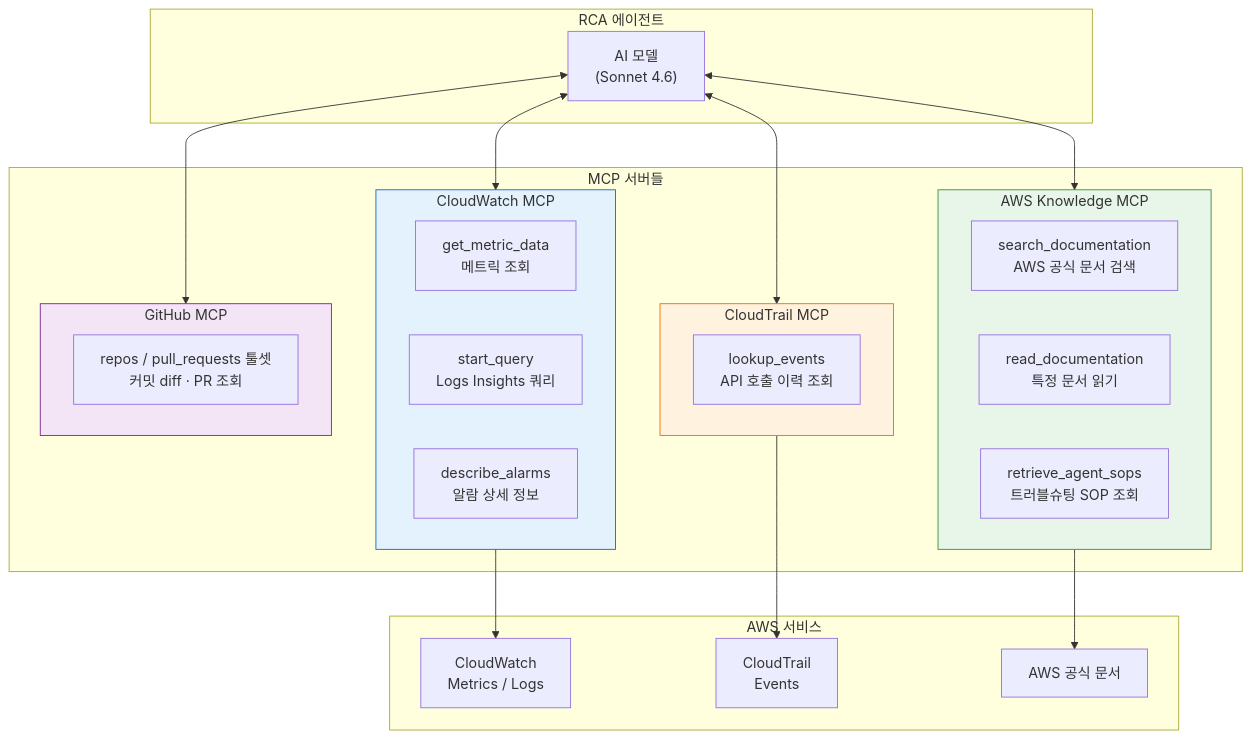
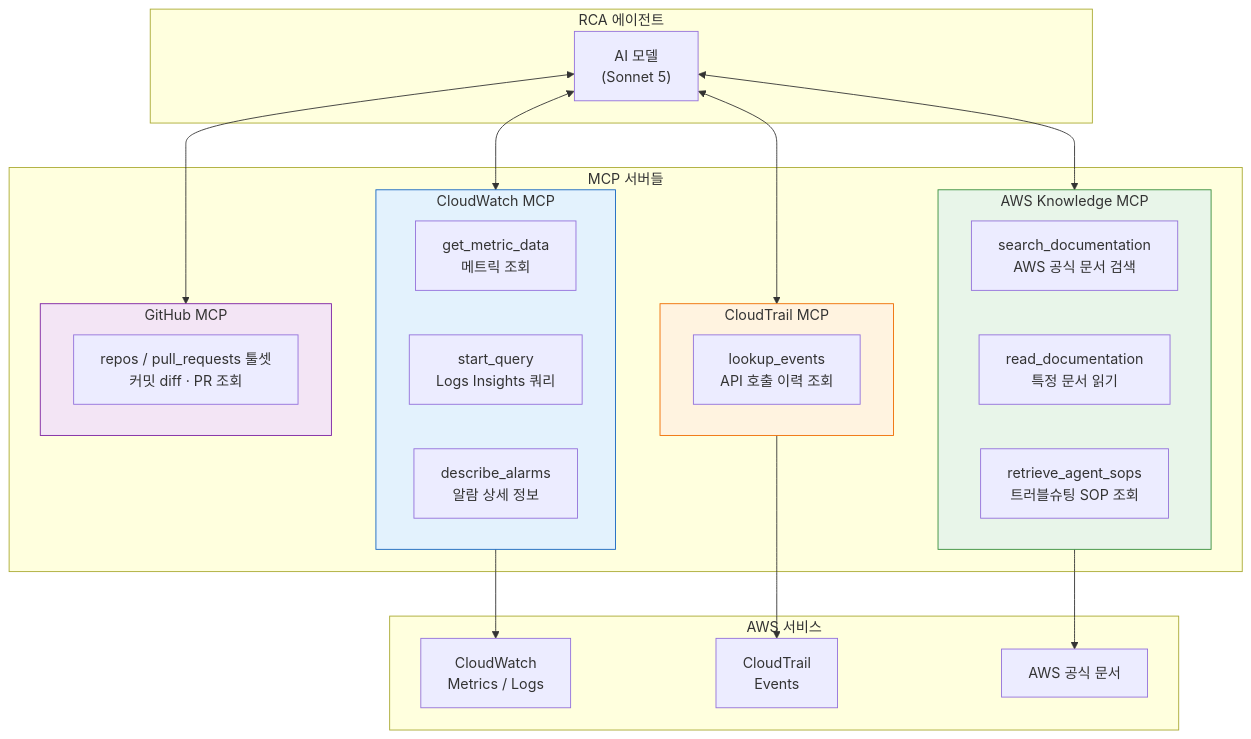
The tenth of 22 diagrams in docs/system-guide-for-ops.md (haandol/rca-agent), drawn with Mermaid before and after one commit. The commit also changed other lines of this file and 9 other files, not shown here.

````diff
--- a/docs/system-guide-for-ops.md
+++ b/docs/system-guide-for-ops.md
@@ -463,48 +477,48 @@
 ```mermaid
 graph TB
     subgraph Agent["RCA 에이전트"]
-        AI["AI 모델<br/>(Sonnet 4.6)"]
+        AI["AI 모델<br/>(Sonnet 5)"]
     end
 
     subgraph MCP["MCP 서버들"]
         subgraph AK["AWS Knowledge MCP"]
             AK1["search_documentation<br/>AWS 공식 문서 검색"]
             AK2["read_documentation<br/>특정 문서 읽기"]
             AK3["retrieve_agent_sops<br/>트러블슈팅 SOP 조회"]
         end
 
         subgraph CW["CloudWatch MCP"]
             CW1["get_metric_data<br/>메트릭 조회"]
             CW2["start_query<br/>Logs Insights 쿼리"]
             CW3["describe_alarms<br/>알람 상세 정보"]
         end
 
         subgraph CT["CloudTrail MCP"]
             CT1["lookup_events<br/>API 호출 이력 조회"]
         end
 
         subgraph GH["GitHub MCP"]
             GH1["repos / pull_requests 툴셋<br/>커밋 diff · PR 조회"]
         end
     end
 
     subgraph AWS["AWS 서비스"]
         CW_API["CloudWatch<br/>Metrics / Logs"]
         CT_API["CloudTrail<br/>Events"]
         AWS_DOCS["AWS 공식 문서"]
     end
 
     AI <--> AK
     AI <--> CW
     AI <--> CT
     AI <--> GH
 
     AK --> AWS_DOCS
     CW --> CW_API
     CT --> CT_API
 
     style AK fill:#e8f5e9,stroke:#388e3c
     style CW fill:#e3f2fd,stroke:#1565c0
     style CT fill:#fff3e0,stroke:#ef6c00
     style GH fill:#f3e5f5,stroke:#7b1fa2
 ```
````
